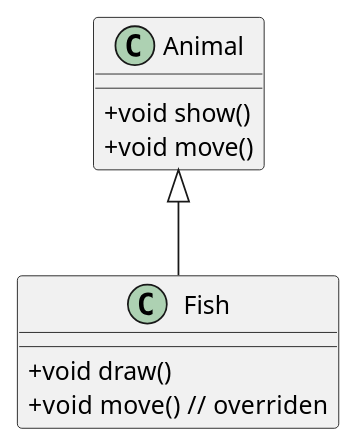
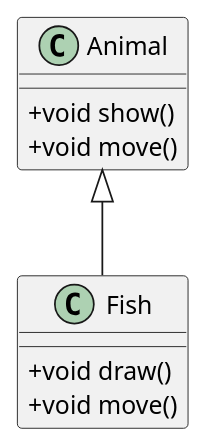
The second of 20 diagrams in docs/02-school-lecture/06-java-programming/ch10-object-oriented-programming-polymorphism-and-interface.md (rewls/rewls.github.io), drawn with PlantUML before and after one commit. The commit also changed other lines of this file and 11 other files, not shown here.

```diff
--- a/docs/02-school-lecture/06-java-programming/ch10-object-oriented-programming-polymorphism-and-interface.md
+++ b/docs/02-school-lecture/06-java-programming/ch10-object-oriented-programming-polymorphism-and-interface.md
@@ -78,13 +78,13 @@
 @startuml 10-class-diagram-2
 skinparam classAttributeIconSize 0
 class Animal {
 	+ void show()
 	+ void move()
 }
 class Fish {
 	+ void draw()
-	+ void move()  // overriden
+	+ void move()
 }
 
 Fish -u-|> Animal
 @enduml
```
